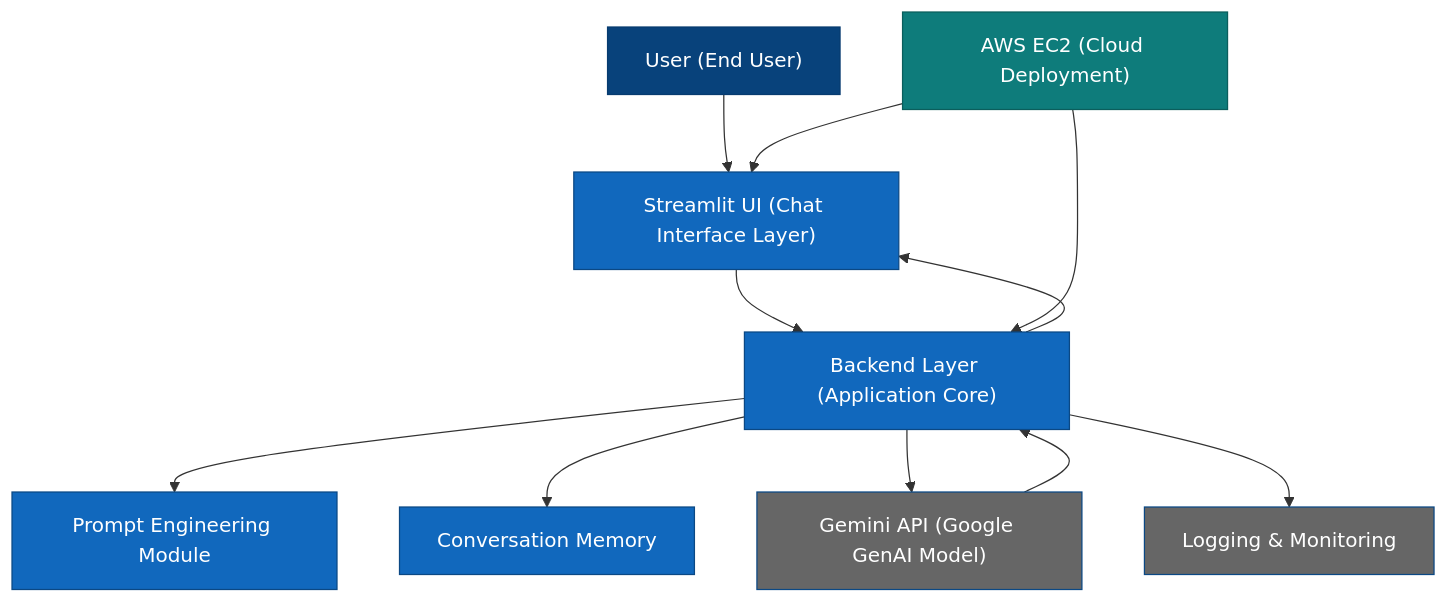
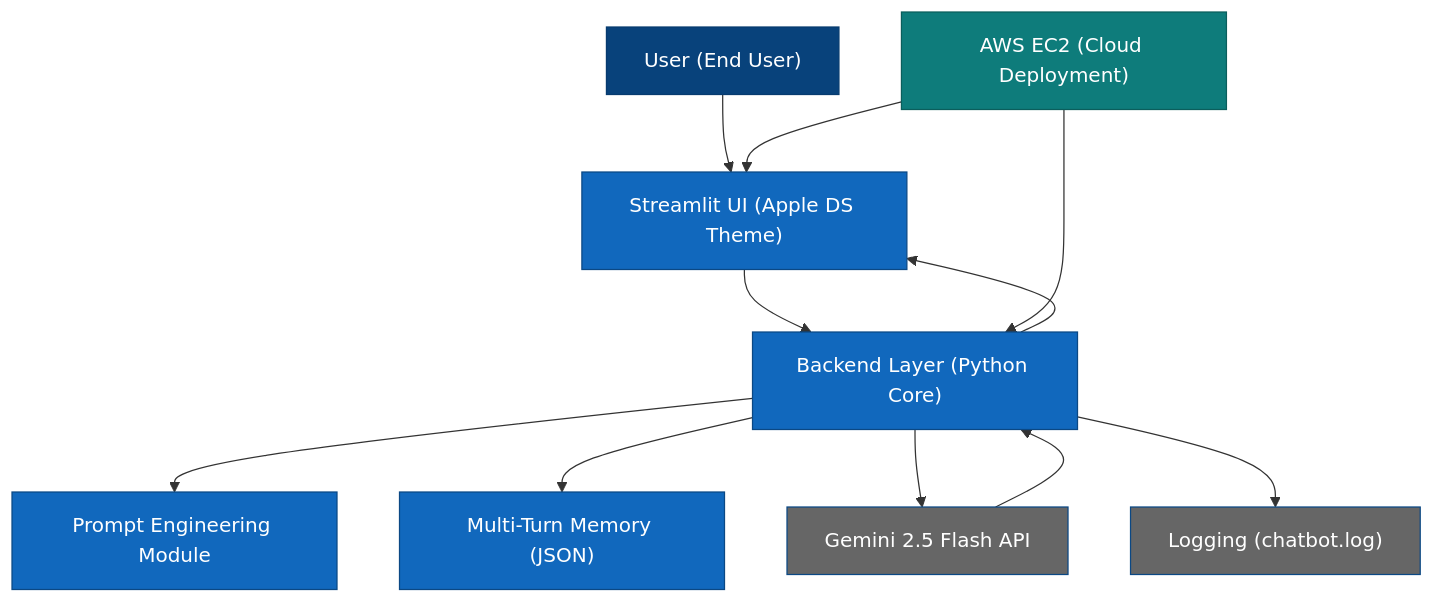
One commit to hemanthreddyyanamala/Innomatics_Internship changed the diagram in Production-Ready GenAI Chatbot Project/README.md. Above: the diagram before and after it, drawn with Mermaid. The commit also changed other lines of this file, not shown here.

````diff
--- a/Production-Ready GenAI Chatbot Project/README.md
+++ b/Production-Ready GenAI Chatbot Project/README.md
@@ -5,34 +5,34 @@
 ```mermaid
 flowchart TB
 
     classDef user fill:#08427B,stroke:#073B6F,color:#fff
     classDef system fill:#1168BD,stroke:#0B4884,color:#fff
     classDef external fill:#666666,stroke:#0B4884,color:#fff
     classDef cloud fill:#0E7C7B,stroke:#0B5E5C,color:#fff
 
     user["User (End User)"]
-    ui["Streamlit UI (Chat Interface Layer)"]
-    backend["Backend Layer (Application Core)"]
+    ui["Streamlit UI (Apple DS Theme)"]
+    backend["Backend Layer (Python Core)"]
     prompt["Prompt Engineering Module"]
-    memory["Conversation Memory"]
-    gemini["Gemini API (Google GenAI Model)"]
+    memory["Multi-Turn Memory (JSON)"]
+    gemini["Gemini 2.5 Flash API"]
     ec2["AWS EC2 (Cloud Deployment)"]
-    logs["Logging & Monitoring"]
+    logs["Logging (chatbot.log)"]
 
     user --> ui
     ui --> backend
     backend --> prompt
     backend --> memory
     backend --> gemini
     gemini --> backend
     backend --> logs
     backend --> ui
 
     ec2 --> ui
     ec2 --> backend
 
     class user user
     class ui,backend,prompt,memory system
     class gemini,logs external
     class ec2 cloud
 ```
````
